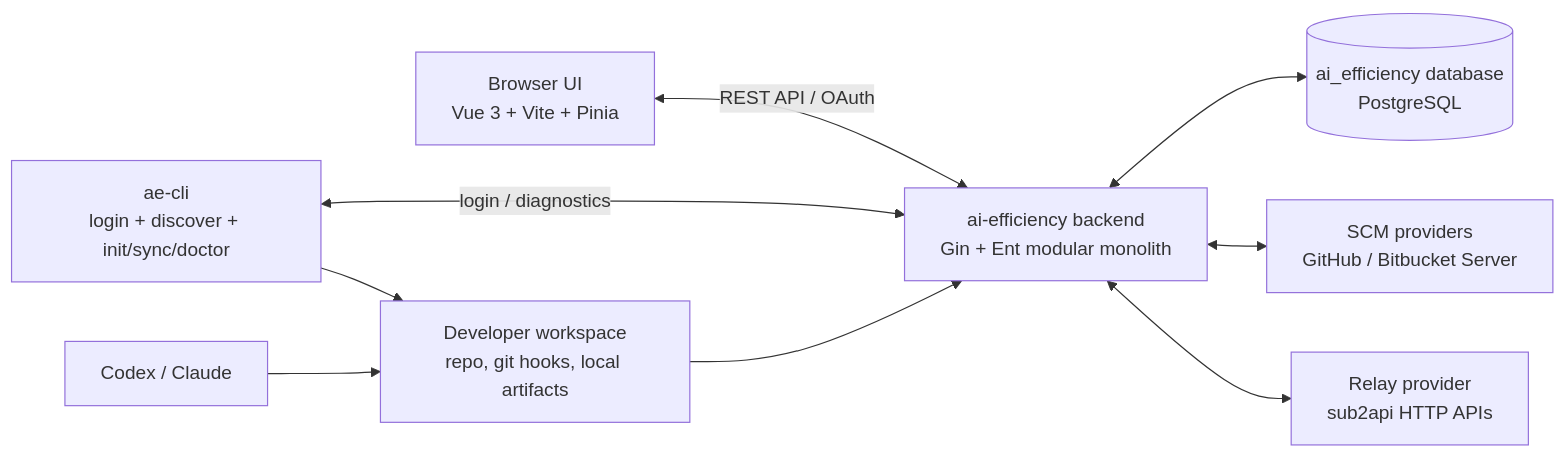
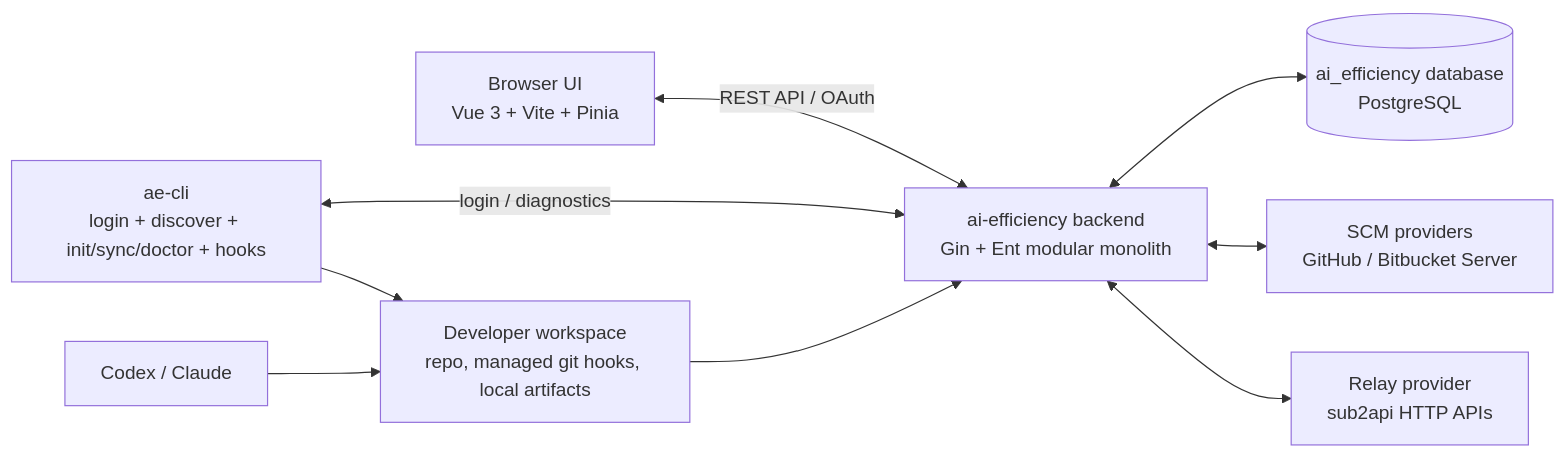
The first of 4 diagrams in docs/architecture.md (LichKing-2234/ai-efficiency), drawn with Mermaid before and after one commit. The commit also changed other lines of this file and 2 other files, not shown here.

Commit message:
docs(ae-cli): document global git hook runtime

````diff
--- a/docs/architecture.md
+++ b/docs/architecture.md
@@ -29,20 +29,20 @@
 ```mermaid
 flowchart LR
     Browser["Browser UI<br/>Vue 3 + Vite + Pinia"]
-    CLI["ae-cli<br/>login + discover + init/sync/doctor"]
+    CLI["ae-cli<br/>login + discover + init/sync/doctor + hooks"]
     Tool["Codex / Claude"]
     Backend["ai-efficiency backend<br/>Gin + Ent modular monolith"]
     DB[("ai_efficiency database<br/>PostgreSQL")]
     SCM["SCM providers<br/>GitHub / Bitbucket Server"]
     Relay["Relay provider<br/>sub2api HTTP APIs"]
-    Workspace["Developer workspace<br/>repo, git hooks, local artifacts"]
+    Workspace["Developer workspace<br/>repo, managed git hooks, local artifacts"]
 
     Browser <-->|REST API / OAuth| Backend
     CLI <-->|login / diagnostics| Backend
     CLI --> Workspace
     Tool --> Workspace
     Workspace --> Backend
     Backend <--> DB
     Backend <--> SCM
     Backend <--> Relay
 ```
````
